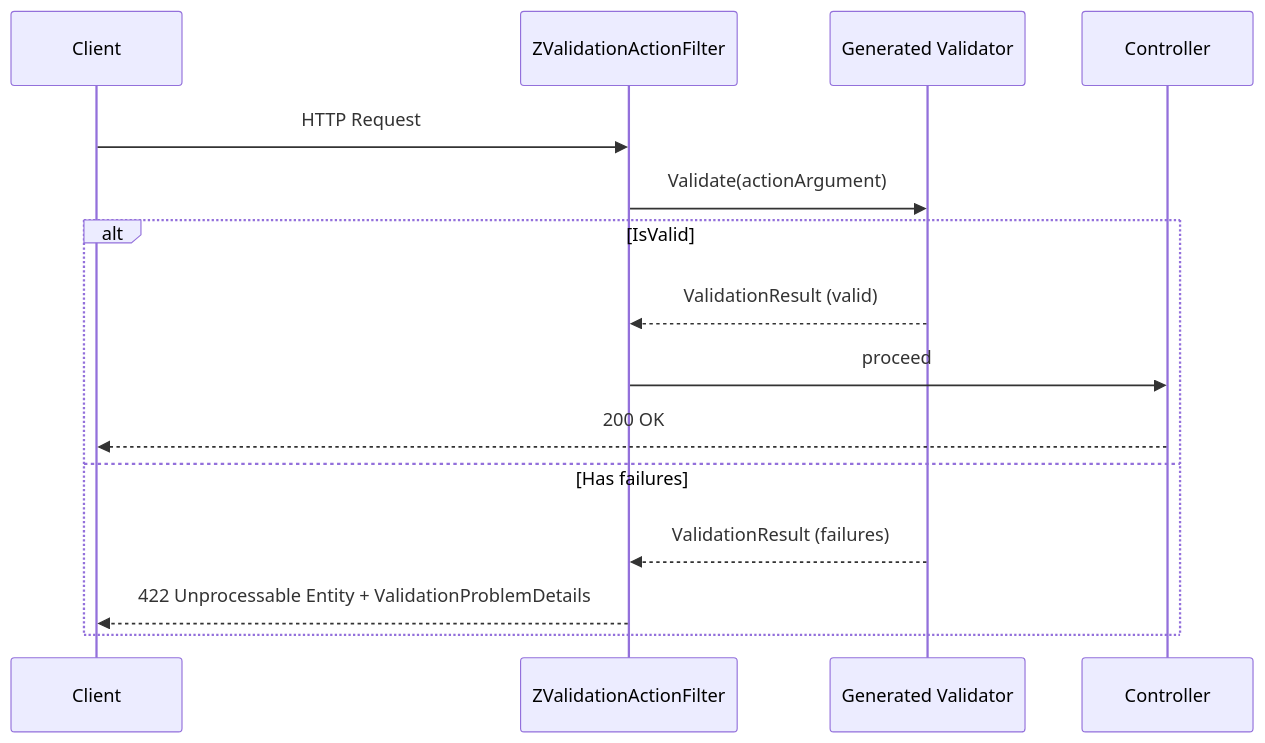
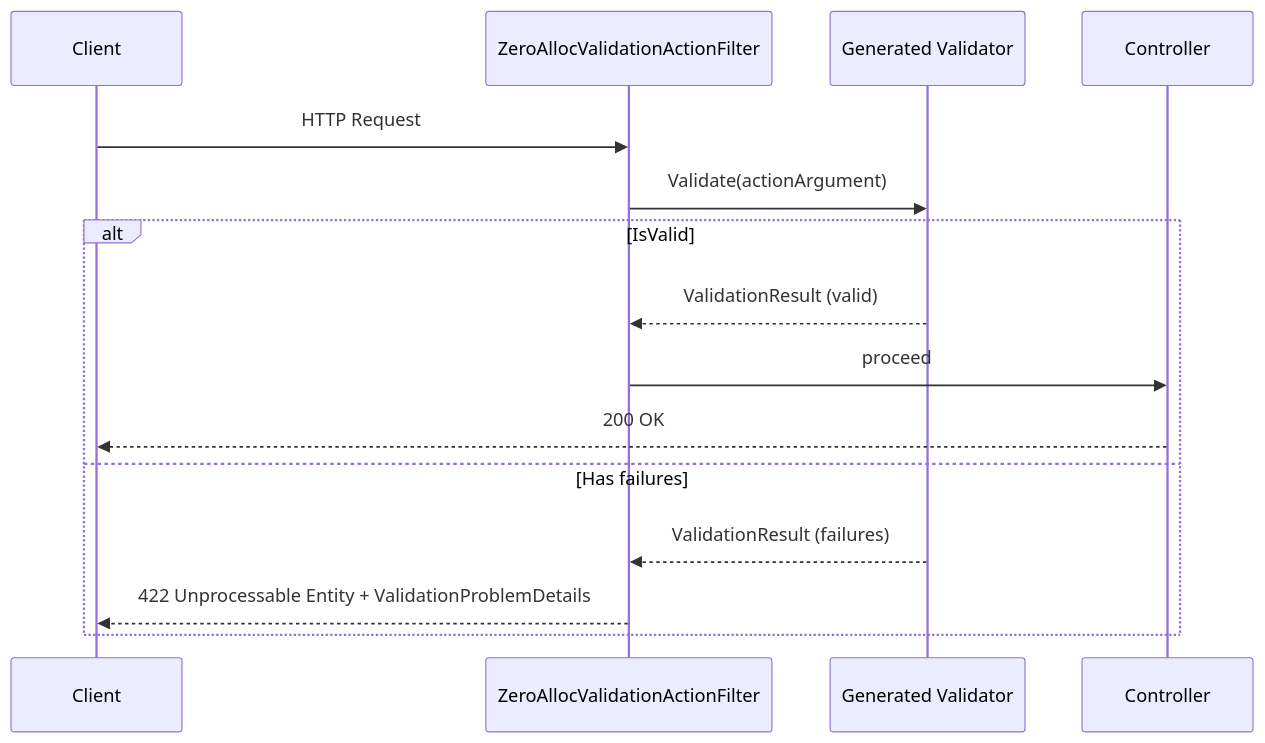
Before and after one commit to ZeroAlloc-Net/ZeroAlloc.Validation: the diagram in docs/aspnetcore.md, drawn with Mermaid. The commit also changed other lines of this file and 3 other files, not shown here.

````diff
--- a/docs/aspnetcore.md
+++ b/docs/aspnetcore.md
@@ -42,18 +42,18 @@
 ```mermaid
 sequenceDiagram
     participant Client
-    participant Filter as ZValidationActionFilter
+    participant Filter as ZeroAllocValidationActionFilter
     participant Validator as Generated Validator
     participant Controller
 
     Client->>Filter: HTTP Request
     Filter->>Validator: Validate(actionArgument)
     alt IsValid
         Validator-->>Filter: ValidationResult (valid)
         Filter->>Controller: proceed
         Controller-->>Client: 200 OK
     else Has failures
         Validator-->>Filter: ValidationResult (failures)
         Filter-->>Client: 422 Unprocessable Entity + ValidationProblemDetails
     end
 ```
````
